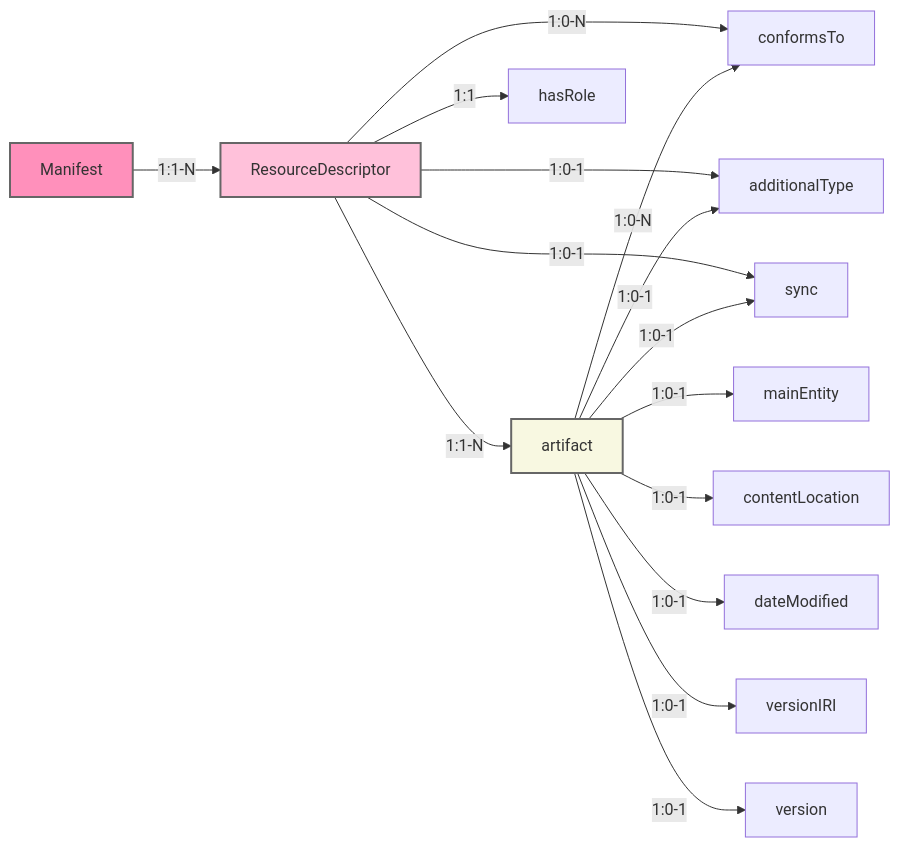
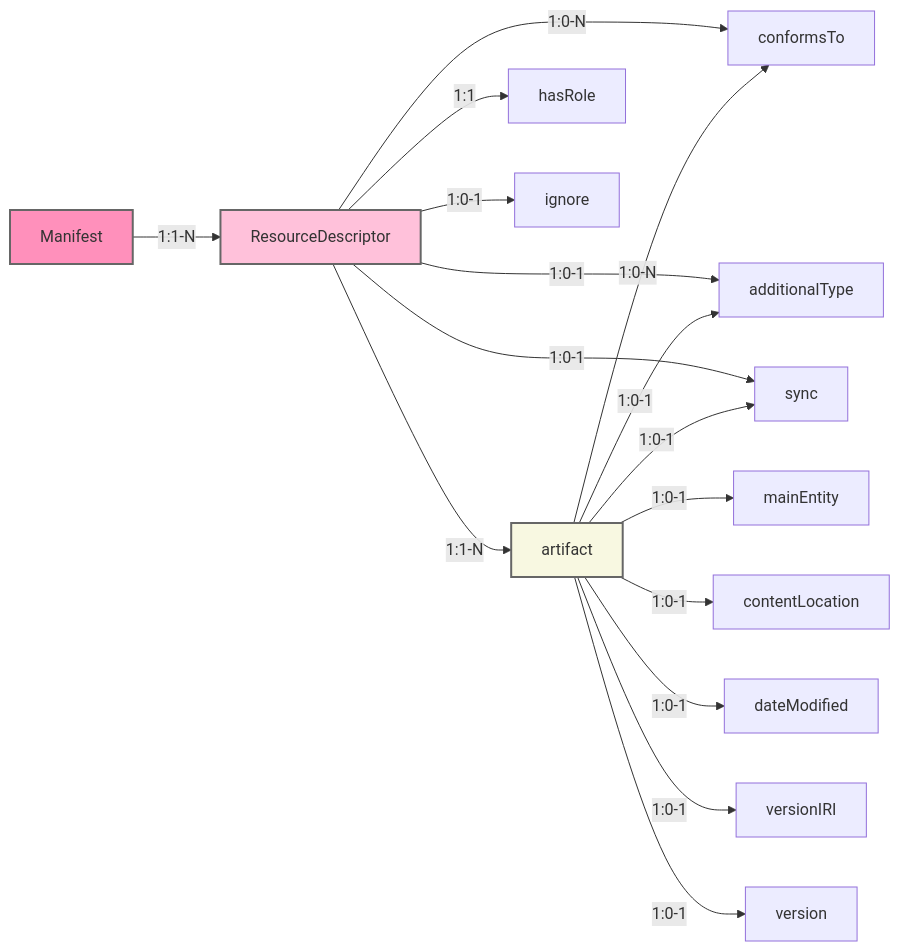
Before and after one commit to Kurrawong/kgm: the diagram in docs/guide/manifests.md, drawn with Mermaid. The commit also changed other lines of this file and 5 other files, not shown here.

````diff
--- a/docs/guide/manifests.md
+++ b/docs/guide/manifests.md
@@ -61,22 +84,23 @@
 ``` mermaid
 graph LR
   style Manifest fill:#FF90BB,stroke:#666,stroke-width:2px
   Manifest --1:1-N--> ResourceDescriptor;
   style ResourceDescriptor fill:#FFC1DA,stroke:#666,stroke-width:2px
   style artifact fill:#F8F8E1,stroke:#666,stroke-width:2px 
   ResourceDescriptor --1:1-N--> artifact;
   ResourceDescriptor --1:1--> hasRole;
   ResourceDescriptor --1:0-N--> conformsTo;
   ResourceDescriptor --1:0-1--> additionalType;
   ResourceDescriptor --1:0-1--> sync;
+  ResourceDescriptor --1:0-1--> ignore;
   style artifact fill:#F8F8E1,stroke:#666,stroke-width:2px  
   artifact --1:0-N--> conformsTo;
   artifact --1:0-1--> additionalType;
   artifact --1:0-1--> sync;
   artifact --1:0-1--> mainEntity;
   artifact --1:0-1--> contentLocation;
   style artifact fill:#F8F8E1,stroke:#666,stroke-width:2px  
   artifact --1:0-1--> dateModified;
   artifact --1:0-1--> versionIRI;
   artifact --1:0-1--> version;
 ```
````
